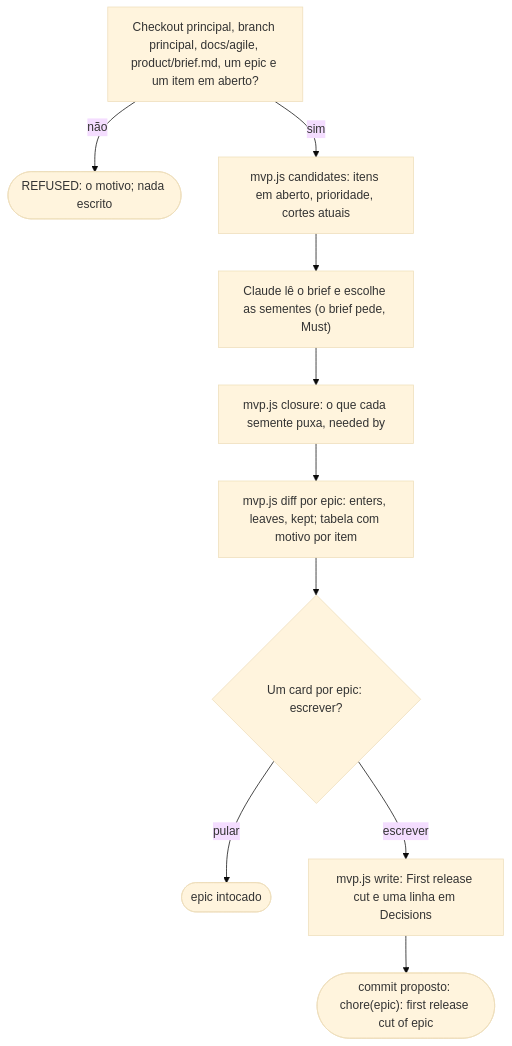
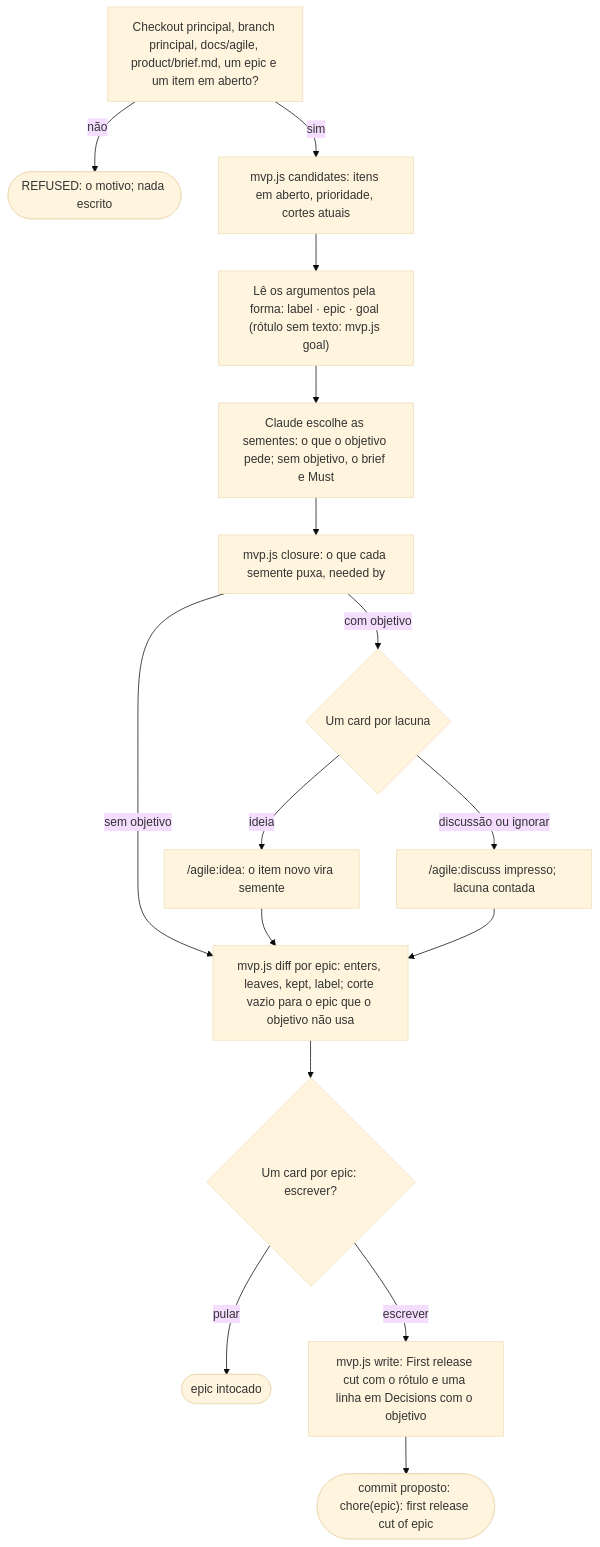
One commit to alexcanario/simulab changed diagram 20 of 24 in docs/agile/workflow.pt-BR.md. Above: the diagram before and after it, drawn with Mermaid (base theme). The commit also changed other lines of this file and 5 other files, not shown here.

````diff
--- a/docs/agile/workflow.pt-BR.md
+++ b/docs/agile/workflow.pt-BR.md
@@ -1215,12 +1220,18 @@
 ```mermaid
 flowchart TD
     A["Checkout principal, branch principal, docs/agile, product/brief.md, um epic e um item em aberto?"] -->|não| A1(["REFUSED: o motivo; nada escrito"])
     A -->|sim| B["mvp.js candidates: itens em aberto, prioridade, cortes atuais"]
-    B --> C["Claude lê o brief e escolhe as sementes (o brief pede, Must)"]
+    B --> B1["Lê os argumentos pela forma: label · epic · goal (rótulo sem texto: mvp.js goal)"]
+    B1 --> C["Claude escolhe as sementes: o que o objetivo pede; sem objetivo, o brief e Must"]
     C --> D["mvp.js closure: o que cada semente puxa, needed by"]
-    D --> E["mvp.js diff por epic: enters, leaves, kept; tabela com motivo por item"]
+    D -->|com objetivo| D1{"Um card por lacuna"}
+    D -->|sem objetivo| E
+    D1 -->|ideia| D2["/agile:idea: o item novo vira semente"]
+    D1 -->|discussão ou ignorar| D3["/agile:discuss impresso; lacuna contada"]
+    D2 --> E
+    D3 --> E["mvp.js diff por epic: enters, leaves, kept, label; corte vazio para o epic que o objetivo não usa"]
     E --> F{"Um card por epic: escrever?"}
     F -->|pular| F1(["epic intocado"])
-    F -->|escrever| G["mvp.js write: First release cut e uma linha em Decisions"]
+    F -->|escrever| G["mvp.js write: First release cut com o rótulo e uma linha em Decisions com o objetivo"]
     G --> H(["commit proposto: chore(epic): first release cut of epic"])
 ```
````
